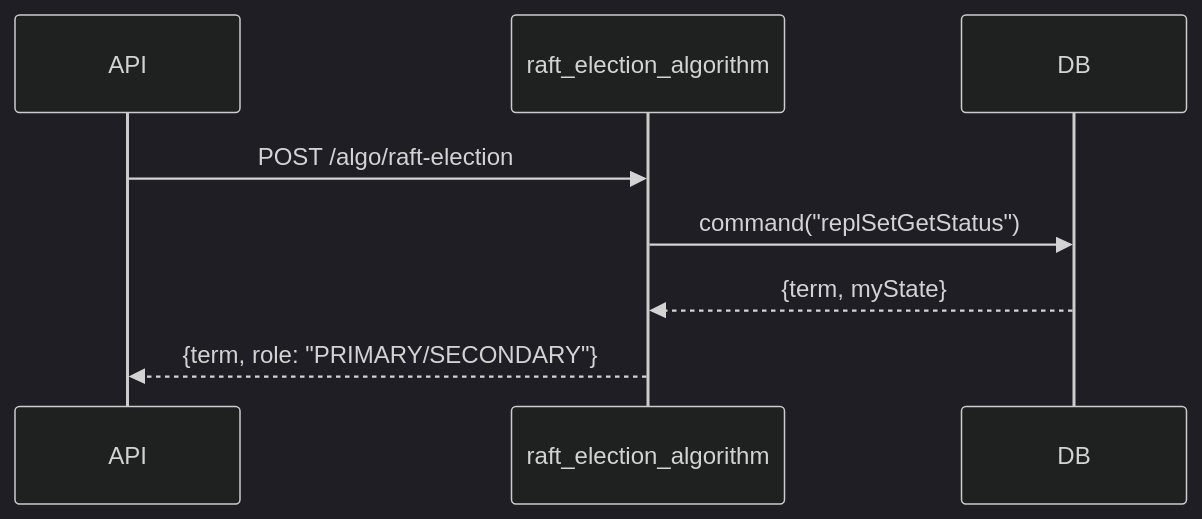
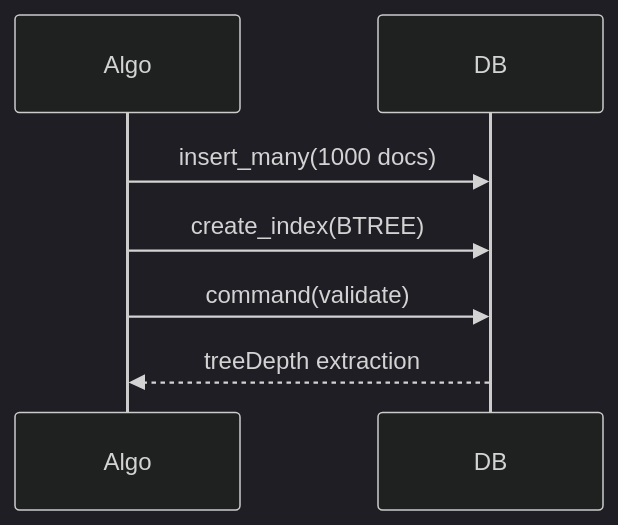
Before and after one commit to Chief-Strategist-J/llm-observability-platform: the second of 6 diagrams in infrastructure/database/mongodb/API_DOCUMENTATION.md, drawn with Mermaid (dark theme). The commit also changed other lines of this file and 1 other file, not shown here.

````diff
--- a/infrastructure/database/mongodb/API_DOCUMENTATION.md
+++ b/infrastructure/database/mongodb/API_DOCUMENTATION.md
@@ -60,11 +78,7 @@
 ```mermaid
 sequenceDiagram
-    participant API
-    participant Algo as raft_election_algorithm
-    participant DB
-    
-    API->>Algo: POST /algo/raft-election
-    Algo->>DB: command("replSetGetStatus")
-    DB-->>Algo: {term, myState}
-    Algo-->>API: {term, role: "PRIMARY/SECONDARY"}
+    Algo->>DB: insert_many(1000 docs)
+    Algo->>DB: create_index(BTREE)
+    Algo->>DB: command(validate)
+    DB-->>Algo: treeDepth extraction
 ```
````
